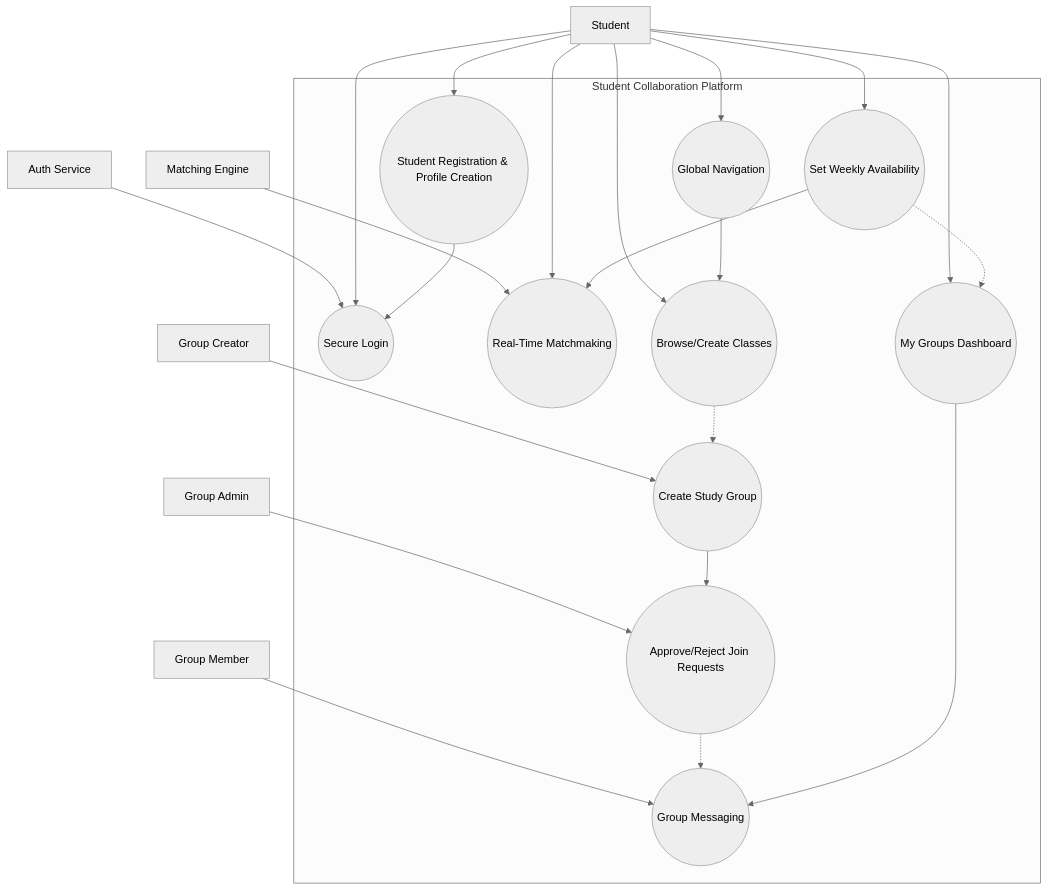
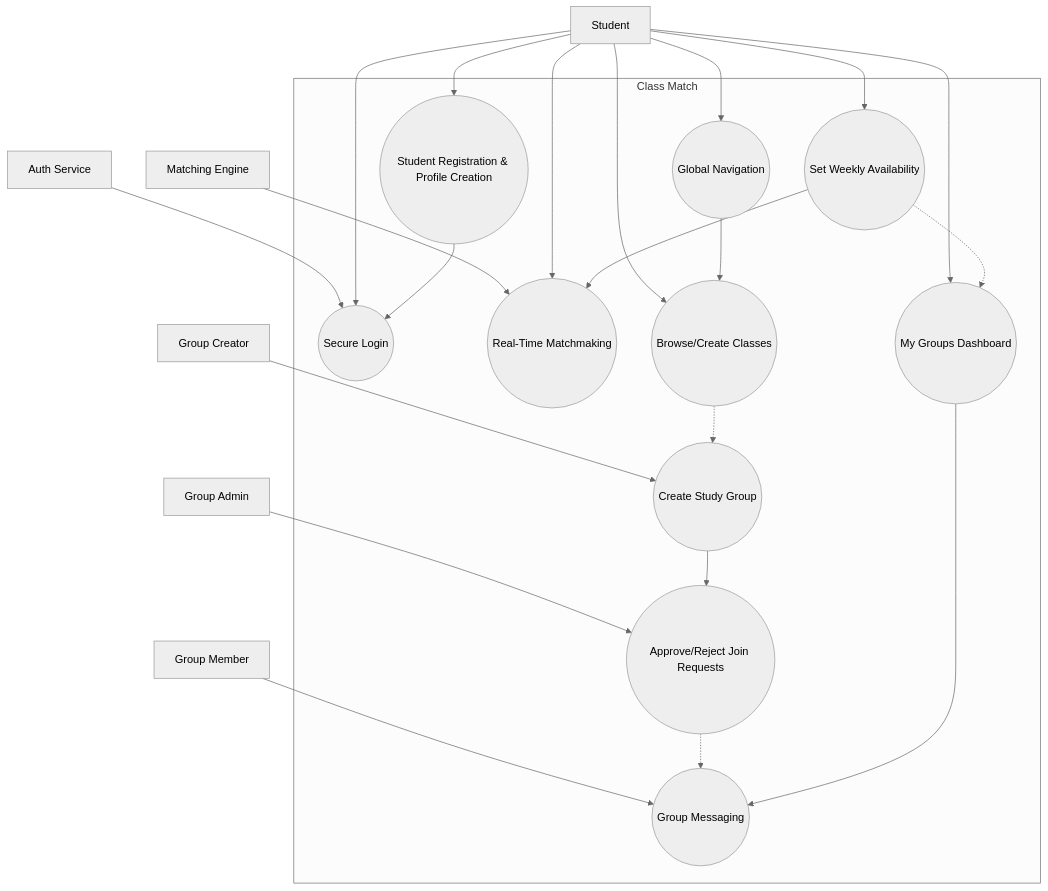
Before and after one commit to parsa-hj/cs4090-assignment2: the diagram in complete-connected-system/complete-connected-system.md, drawn with Mermaid.

Commit message:
Name changed

````diff
--- a/complete-connected-system/complete-connected-system.md
+++ b/complete-connected-system/complete-connected-system.md
@@ -1,48 +1,48 @@
 ```mermaid
 %%{init: {'theme': 'neutral'}}%%
 graph TD
     A[Student]
     B[Auth Service]
     C[Matching Engine]
     D[Group Creator]
     E[Group Admin]
     F[Group Member]
 
-    subgraph "Student Collaboration Platform"
+    subgraph "Class Match"
         UC1((Student Registration & Profile Creation))
         UC2((Secure Login))
         UC3((Set Weekly Availability))
         UC5((Real-Time Matchmaking))
         UC8((Create Study Group))
         UC11((Approve/Reject Join Requests))
         UC14((Global Navigation))
         UC15((Browse/Create Classes))
         UC17((Group Messaging))
         UC20((My Groups Dashboard))
 
         UC1 --> UC2:::include
         UC3 --> UC5:::include
         UC8 --> UC11:::include
         UC14 --> UC15:::include
         UC20 --> UC17:::include
 
         UC15 -.-> UC8:::extend
         UC11 -.-> UC17:::extend
         UC3 -.-> UC20:::extend
     end
 
     A --> UC1
     A --> UC2
     A --> UC3
     A --> UC5
     A --> UC14
     A --> UC15
     A --> UC20
 
     D --> UC8
     E --> UC11
     F --> UC17
 
     B --> UC2
     C --> UC5
 ```
````
